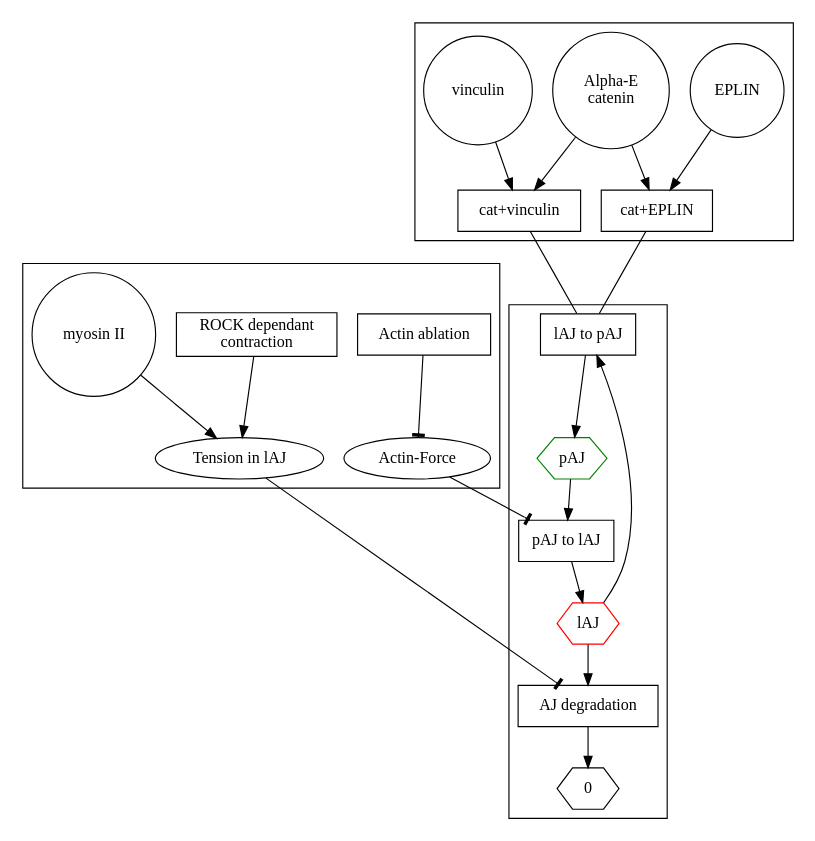
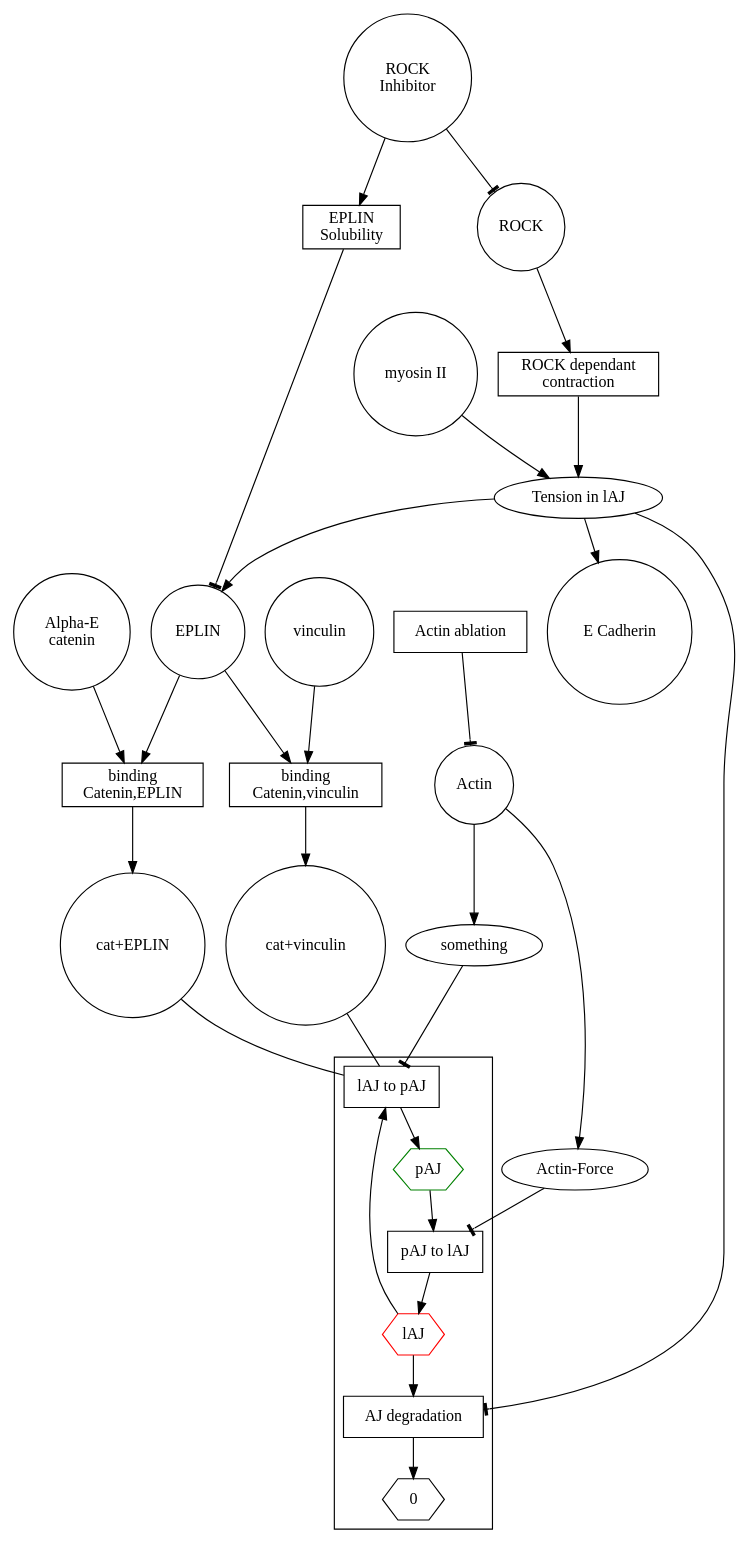
One commit to dilawar/Courses changed the diagram in CellBiology_2015/CellAdhesionMigration_ColinJ/adherent_junction_network.dot. Above: the diagram before and after it, drawn with Graphviz.

Commit message:
Send this.

```diff
--- a/CellBiology_2015/CellAdhesionMigration_ColinJ/adherent_junction_network.dot
+++ b/CellBiology_2015/CellAdhesionMigration_ColinJ/adherent_junction_network.dot
@@ -1,82 +1,102 @@
 digraph aj {
 
     subgraph place {
         node[shape=rect]
         aj2paj [ label="lAJ to pAJ"];
         paj2aj [ label="pAJ to lAJ"];
-        alpha_e_catenin__eplin[label="cat+EPLIN"];
-        alpha_e_catenin__vinculin[label="cat+vinculin"];
         laser_ablation_actin [label="Actin ablation"];
         // Other force
         rock_dep_contraction[label="ROCK dependant\n contraction"];
         aj_degradation[label="AJ degradation"];
-
+        eplin_sol[label="EPLIN\nSolubility"];
+        binding_cat_eplin[label="binding\nCatenin,EPLIN"];
+        binding_cat_vinculin[label="binding\nCatenin,vinculin"];
     }
 
     subgraph molecule {
         node[shape=circle]
         alpha_e_catenin[label="Alpha-E\ncatenin"];
         eplin[label="EPLIN"];
         vinculin[label="vinculin"];
         myosinii[label="myosin II"];
+        e_cadherin[label="E Cadherin"];
+        rock[label="ROCK"];
+        rock_inhibitor[label="ROCK\nInhibitor"];
+        actin_peri [label="Actin"];
+        alpha_e_catenin__eplin[label="cat+EPLIN"];
+        alpha_e_catenin__vinculin[label="cat+vinculin"];
     }
+
 
     subgraph cluster_junction {
         node[shape=hexagon];
         aj [label="lAJ", color=red];
         paj [label="pAJ",color=green];
         aj_null [label="0"];
         aj_degradation;
         paj2aj;
         aj2paj;
-        
         aj -> aj_degradation -> aj_null;
-
     }
 
-    subgraph cluster_process {
-        alpha_e_catenin;
-        eplin;
-        vinculin;
+    subgraph clster_process {
+        //alpha_e_catenin;
+        //eplin;
+        //vinculin;
         alpha_e_catenin__vinculin;
         alpha_e_catenin__eplin;
-
-        vinculin -> alpha_e_catenin__vinculin;
-        alpha_e_catenin -> alpha_e_catenin__vinculin;
-
-        eplin -> alpha_e_catenin__eplin;
-        alpha_e_catenin -> alpha_e_catenin__eplin;
-
     }
 
+    // Binding 
+    vinculin -> binding_cat_vinculin;
+    eplin -> binding_cat_vinculin;
+    binding_cat_vinculin -> alpha_e_catenin__vinculin;
+
+    alpha_e_catenin -> binding_cat_eplin;
+    eplin -> binding_cat_eplin;
+    binding_cat_eplin -> alpha_e_catenin__eplin;
+
+    rock_inhibitor -> eplin_sol;
+    eplin_sol -> eplin[arrowhead=tee];
+
     // Cluster together the force involved.
-    subgraph cluster_forces {
+    subgraph clster_forces {
         tension_iaj [label="Tension in lAJ"];
         actin_force_periphery [label="Actin-Force"];
         laser_ablation_actin;
         tension_iaj;
         rock_dep_contraction;
+    };
 
-        myosinii -> tension_iaj;
-    };
+    actin_peri -> actin_force_periphery;
+    myosinii -> tension_iaj;
+    rock -> rock_dep_contraction;
+    rock_inhibitor -> rock[arrowhead=tee];
 
 
     // Process
     aj -> aj2paj -> paj;
 
     // laser ablation of actin
 
 
     alpha_e_catenin__eplin -> aj2paj [arrowhead=none];
     alpha_e_catenin__vinculin -> aj2paj [arrowhead=none];
 
     paj -> paj2aj -> aj;
 
+    // actin
     actin_force_periphery -> paj2aj[arrowhead=tee];
-    laser_ablation_actin -> actin_force_periphery [arrowhead=tee];
+    laser_ablation_actin -> actin_peri [arrowhead=tee];
+    actin_peri -> something;
+    something -> aj2paj [arrowhead=tee];
 
     // ROCK
     rock_dep_contraction -> tension_iaj;
     tension_iaj -> aj_degradation [arrowhead=tee];
 
+    // upregulation of EPLIN by external tension
+    tension_iaj -> eplin;
+    tension_iaj -> e_cadherin;
+
 }
```
